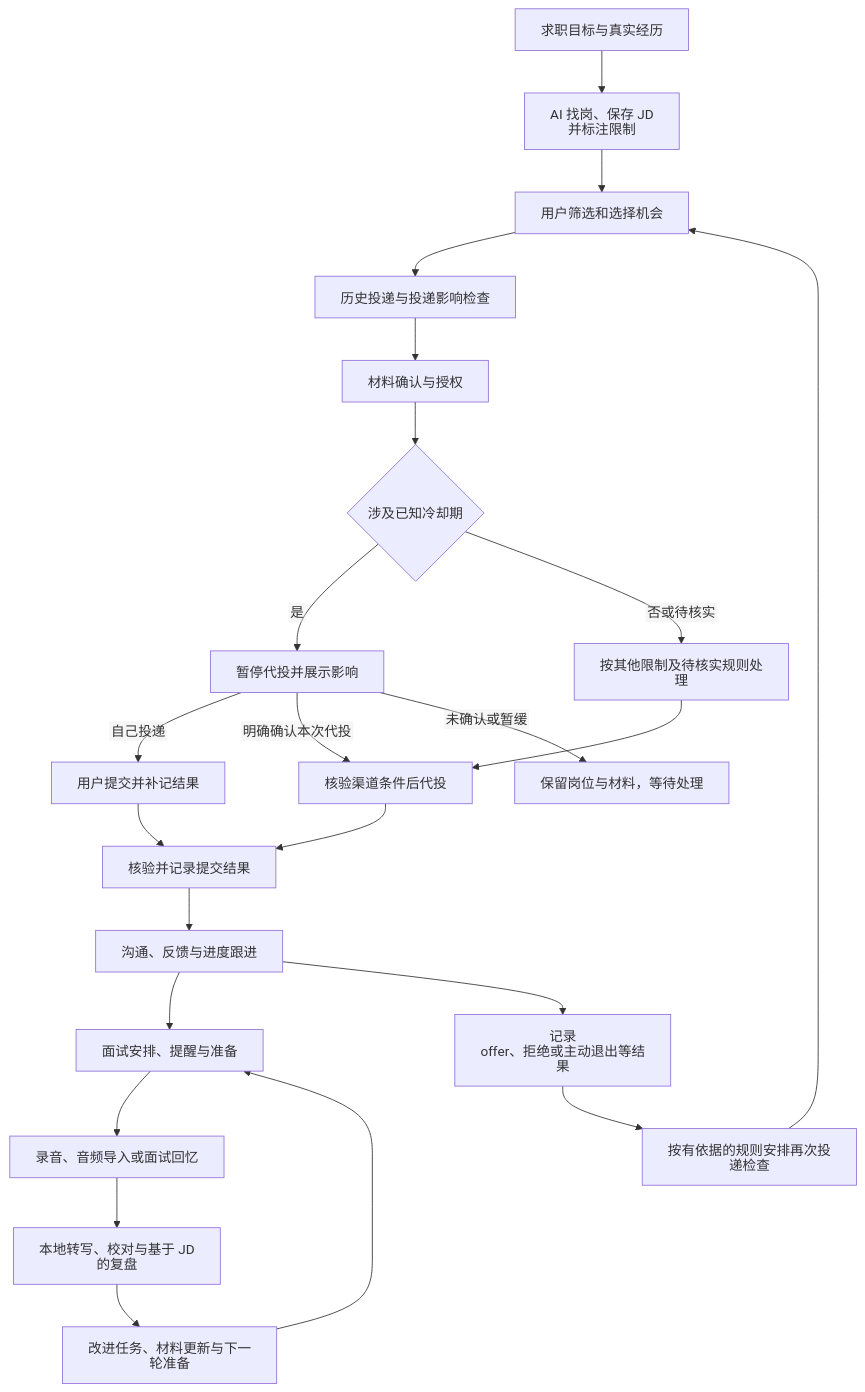
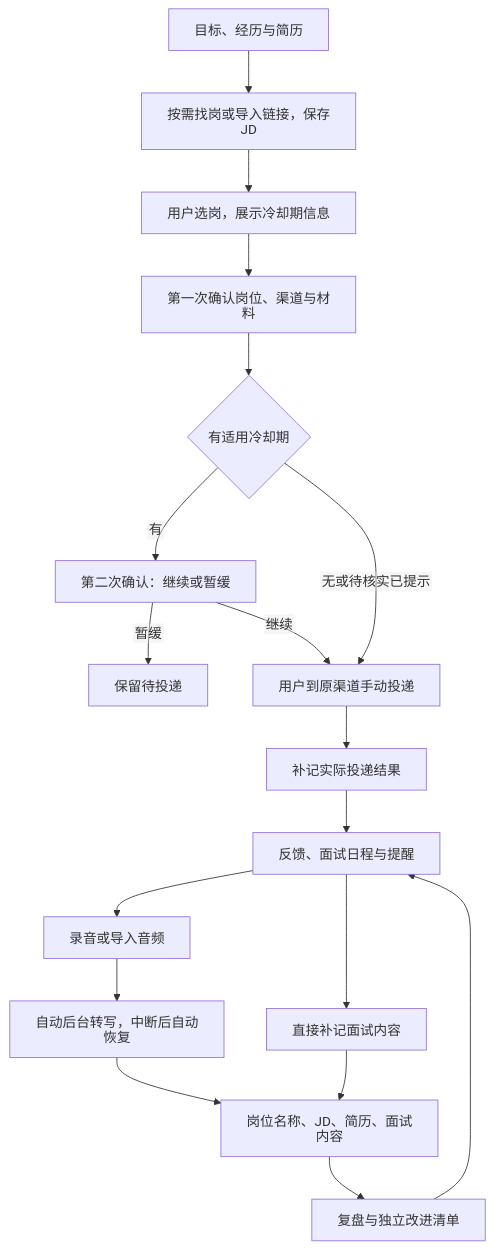
Before and after one commit to songjinghui/interview-copilot: the diagram in VISION.md, drawn with Mermaid. The commit also changed other lines of this file and 14 other files, not shown here.

````diff
--- a/VISION.md
+++ b/VISION.md
@@ -164,30 +164,25 @@
 ```mermaid
 ---
 config:
   htmlLabels: false
   fontFamily: 'Microsoft YaHei, PingFang SC, sans-serif'
 ---
 flowchart TD
-    A[求职目标与真实经历] --> B[AI 找岗、保存 JD 并标注限制]
-    B --> C[用户筛选和选择机会]
-    C --> D[历史投递与投递影响检查]
-    D --> E[材料确认与授权]
-    E --> P{涉及已知冷却期}
-    P -->|是| Q[暂停代投并展示影响]
-    Q -->|自己投递| R[用户提交并补记结果]
-    Q -->|明确确认本次代投| S[核验渠道条件后代投]
-    Q -->|未确认或暂缓| T[保留岗位与材料，等待处理]
-    P -->|否或待核实| U[按其他限制及待核实规则处理]
-    U --> S
-    S --> V[核验并记录提交结果]
-    R --> V
-    V --> F[沟通、反馈与进度跟进]
-    F --> G[面试安排、提醒与准备]
-    G --> H[录音、音频导入或面试回忆]
-    H --> I[本地转写、校对与基于 JD 的复盘]
-    I --> J[改进任务、材料更新与下一轮准备]
-    J --> G
-    F --> K[记录 offer、拒绝或主动退出等结果]
-    K --> L[按有依据的规则安排再次投递检查]
-    L --> C
+    A[目标、经历与简历] --> B[按需找岗或导入链接，保存 JD]
+    B --> C[用户选岗，展示冷却期信息]
+    C --> D[第一次确认岗位、渠道与材料]
+    D --> E{有适用冷却期}
+    E -->|有| F[第二次确认：继续或暂缓]
+    F -->|暂缓| G[保留待投递]
+    F -->|继续| H[用户到原渠道手动投递]
+    E -->|无或待核实已提示| H
+    H --> I[补记实际投递结果]
+    I --> J[反馈、面试日程与提醒]
+    J --> K[录音或导入音频]
+    K --> L[自动后台转写，中断后自动恢复]
+    L --> M[岗位名称、JD、简历、面试内容]
+    J --> N[直接补记面试内容]
+    N --> M
+    M --> O[复盘与独立改进清单]
+    O --> J
 ```
````
